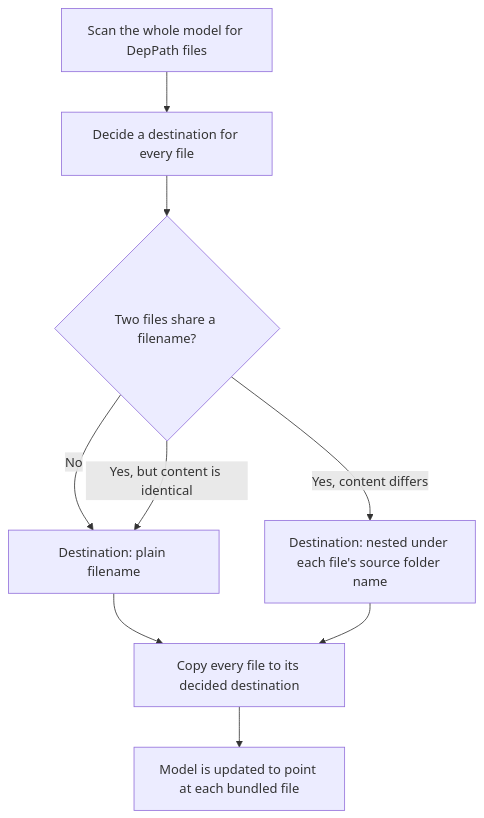
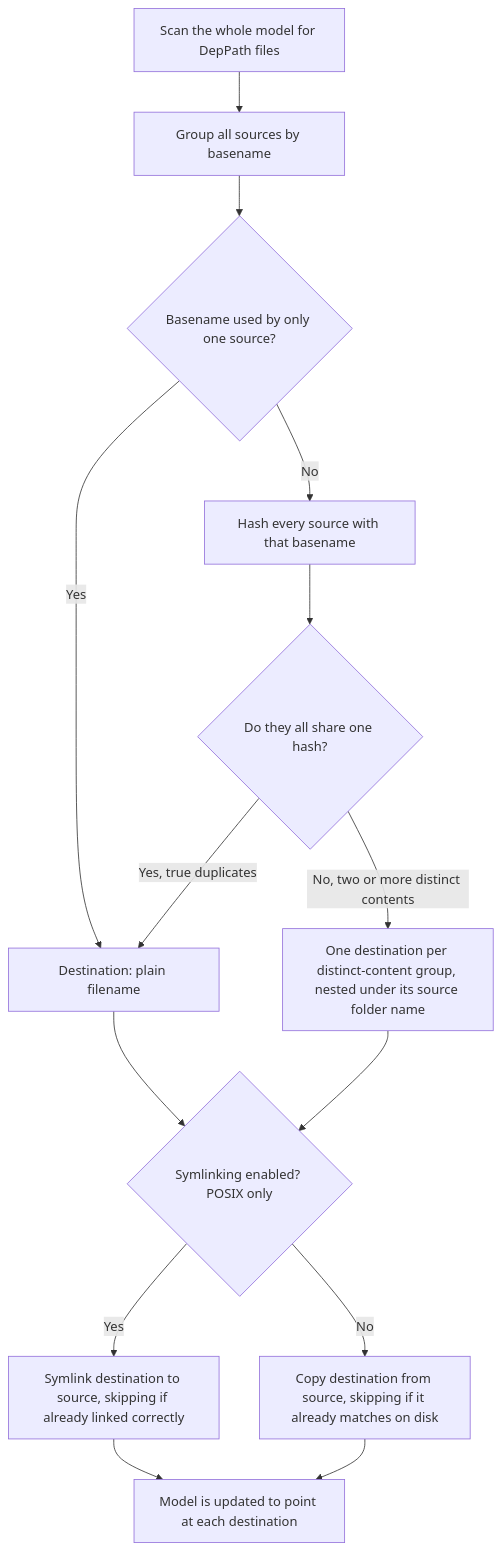
Before and after one commit to Hydrowelder/mujoco-mojo: the diagram in docs/user-guides/developer/asset-bundling.md, drawn with Mermaid. The commit also changed other lines of this file and 10 other files, not shown here.

````diff
--- a/docs/user-guides/developer/asset-bundling.md
+++ b/docs/user-guides/developer/asset-bundling.md
@@ -21,11 +21,16 @@
 ```mermaid
 flowchart TD
-    A[Scan the whole model for DepPath files] --> B[Decide a destination for every file]
-    B --> C{Two files share a filename?}
-    C -->|No| D[Destination: plain filename]
-    C -->|Yes, but content is identical| D
-    C -->|Yes, content differs| E[Destination: nested under each file's source folder name]
-    D --> F[Copy every file to its decided destination]
-    E --> F
-    F --> G[Model is updated to point at each bundled file]
+    A[Scan the whole model for DepPath files] --> B[Group all sources by basename]
+    B --> C{Basename used by only one source?}
+    C -->|Yes| D[Destination: plain filename]
+    C -->|No| E[Hash every source with that basename]
+    E --> F{Do they all share one hash?}
+    F -->|Yes, true duplicates| D
+    F -->|No, two or more distinct contents| G[One destination per distinct-content group, nested under its source folder name]
+    D --> H{Symlinking enabled? POSIX only}
+    G --> H
+    H -->|Yes| J[Symlink destination to source, skipping if already linked correctly]
+    H -->|No| K[Copy destination from source, skipping if it already matches on disk]
+    J --> I[Model is updated to point at each destination]
+    K --> I
 ```
````
